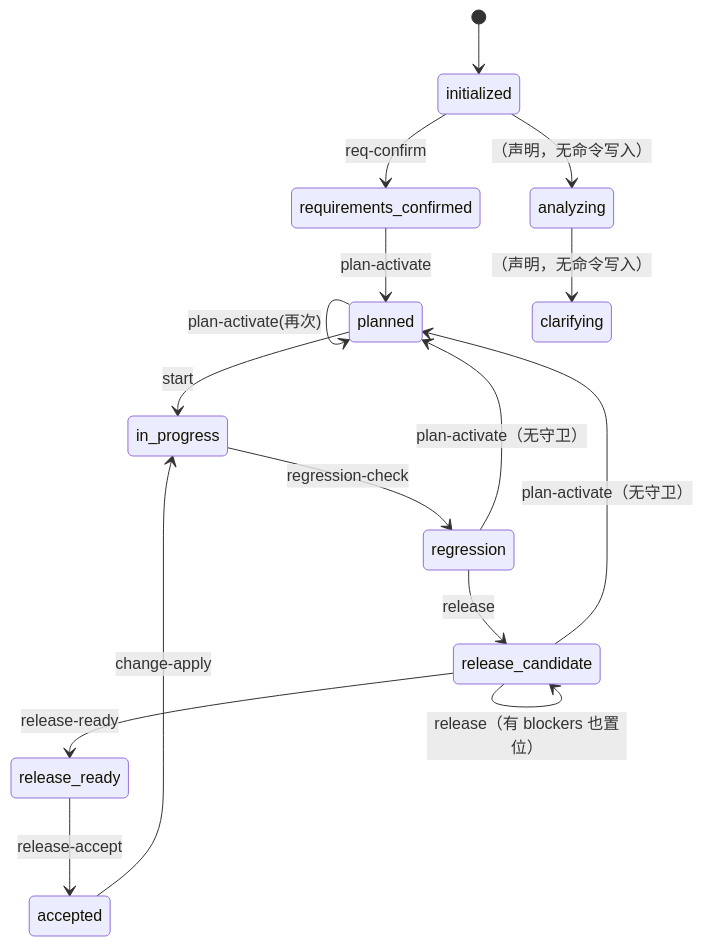
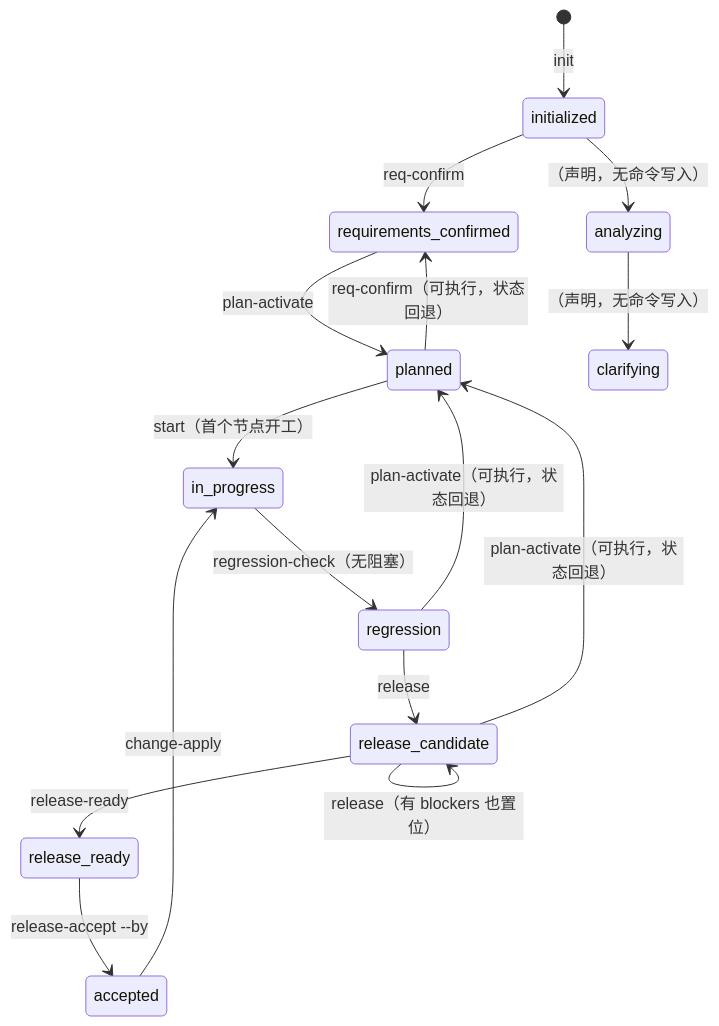
Before and after one commit to gagmandev/DevFlow: the fourth of 10 diagrams in architecture-review/03-lifecycle-and-state-machines.md, drawn with Mermaid. The commit also changed other lines of this file and 9 other files, not shown here.

````diff
--- a/architecture-review/03-lifecycle-and-state-machines.md
+++ b/architecture-review/03-lifecycle-and-state-machines.md
@@ -111,18 +124,18 @@
 ```mermaid
 stateDiagram-v2
-  [*] --> initialized
+  [*] --> initialized: init
   initialized --> requirements_confirmed: req-confirm
   requirements_confirmed --> planned: plan-activate
-  planned --> in_progress: start
-  in_progress --> regression: regression-check
+  planned --> in_progress: start（首个节点开工）
+  in_progress --> regression: regression-check（无阻塞）
   regression --> release_candidate: release
   release_candidate --> release_ready: release-ready
-  release_ready --> accepted: release-accept
+  release_ready --> accepted: release-accept --by
   accepted --> in_progress: change-apply
-  planned --> planned: plan-activate(再次)
-  regression --> planned: plan-activate（无守卫）
-  release_candidate --> planned: plan-activate（无守卫）
+  planned --> requirements_confirmed: req-confirm（可执行，状态回退）
+  regression --> planned: plan-activate（可执行，状态回退）
+  release_candidate --> planned: plan-activate（可执行，状态回退）
   release_candidate --> release_candidate: release（有 blockers 也置位）
   initialized --> analyzing: （声明，无命令写入）
   analyzing --> clarifying: （声明，无命令写入）
 ```
````
